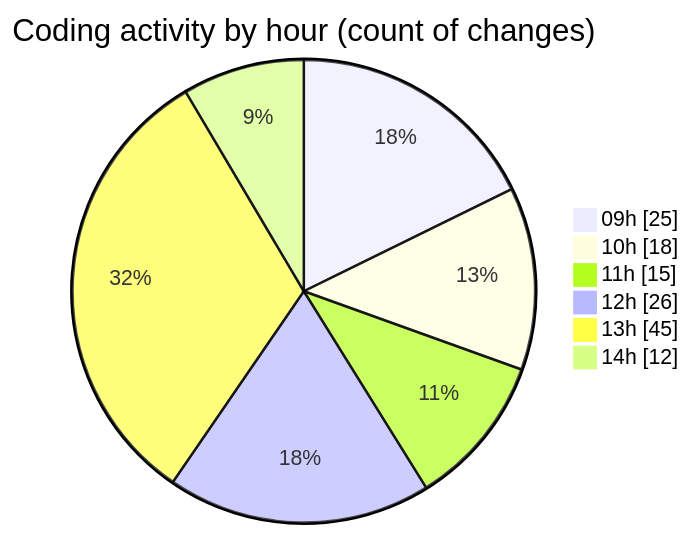
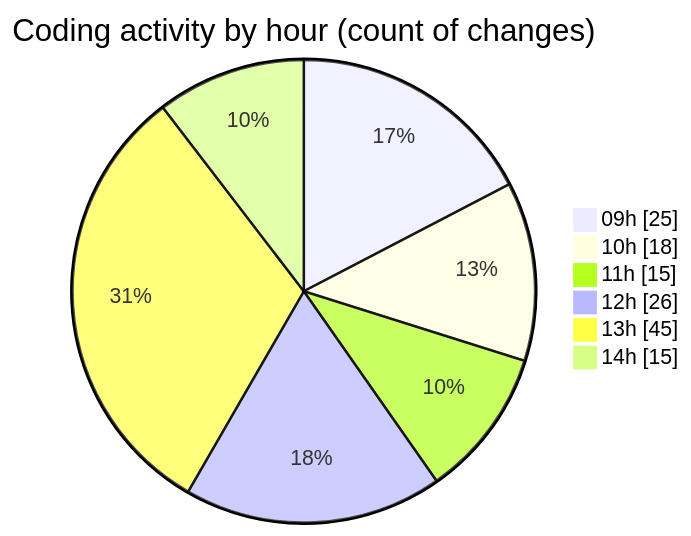
The second of 2 diagrams in 2025-03-13/cda/README.md (momahboobian/code-tracking), drawn with Mermaid before and after one commit. The commit also changed other lines of this file and 1 other file, not shown here.

````diff
--- a/2025-03-13/cda/README.md
+++ b/2025-03-13/cda/README.md
@@ -42,10 +42,10 @@
 ```mermaid
 pie showData
 title Coding activity by hour (count of changes)
 "09h" : 25
 "10h" : 18
 "11h" : 15
 "12h" : 26
 "13h" : 45
-"14h" : 12
+"14h" : 15
 ```
````
